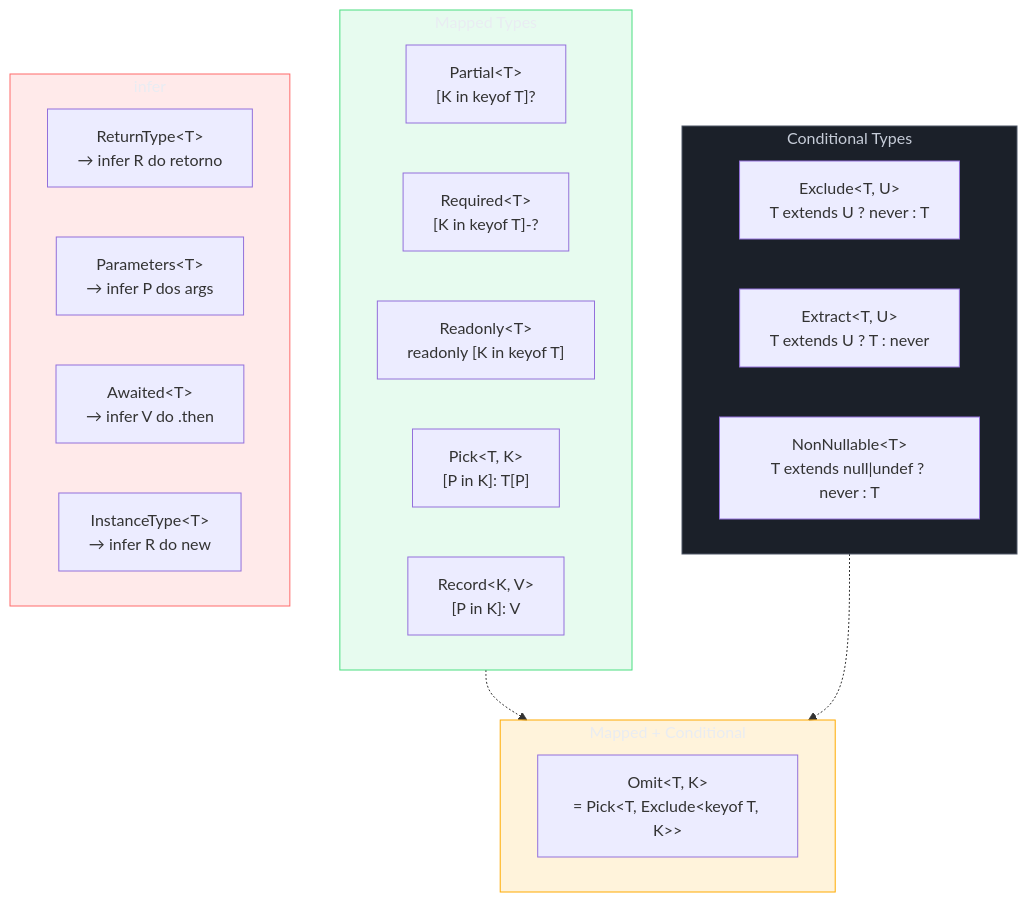
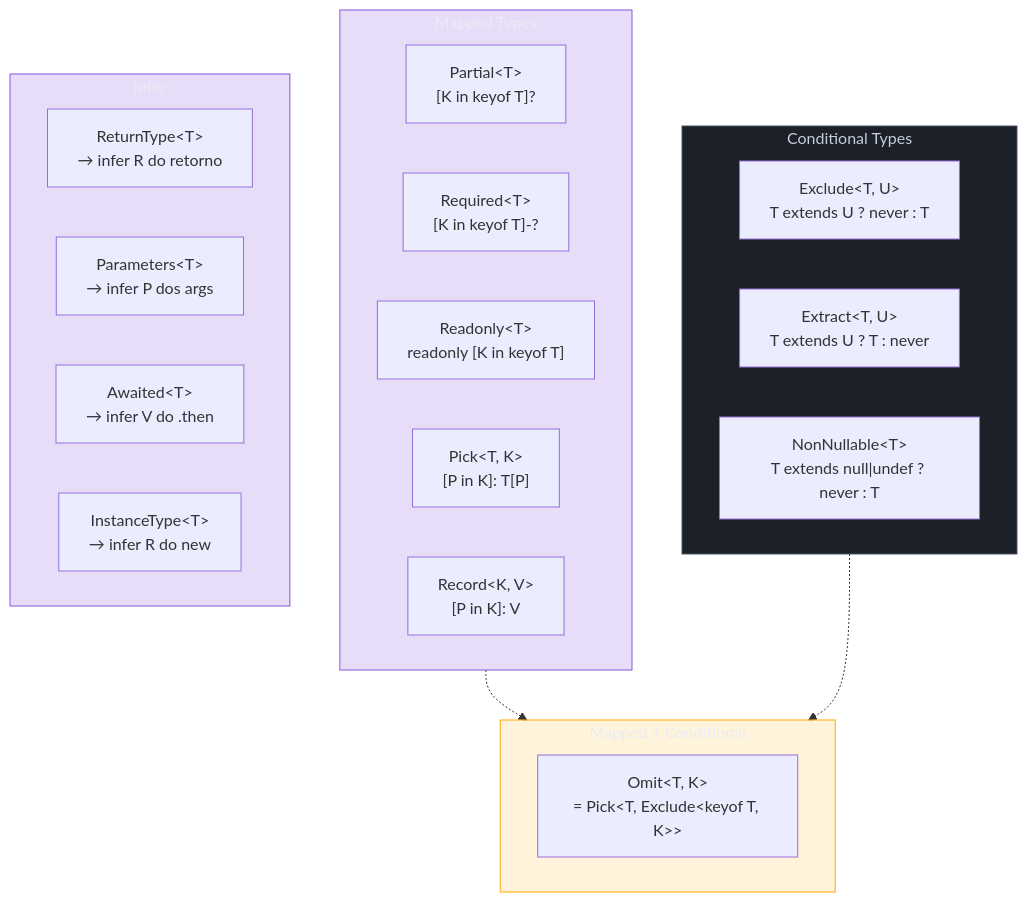
Before and after one commit to josenaldo/codex-technomanticus: the fifth of 6 diagrams in 03-Dominios/Tecnologia/TypeScript/18 - Utility types - e como reconstruí-los.md, drawn with Mermaid. The commit also changed other lines of this file and 601 other files, not shown here.

````diff
--- a/03-Dominios/Tecnologia/TypeScript/18 - Utility types - e como reconstruí-los.md
+++ b/03-Dominios/Tecnologia/TypeScript/18 - Utility types - e como reconstruí-los.md
@@ -525,39 +523,38 @@
 ```mermaid
 flowchart TD
-    classDef ok fill:#4ADE8021,stroke:#4ADE80,color:#E9ECF2
+    classDef marca fill:#8855DF33,stroke:#8855DF,color:#E9ECF2
     classDef neutro fill:#1B2029,stroke:#4E5666,color:#C6CCD8
-    classDef falha fill:#FF6B6B24,stroke:#FF6B6B,color:#E9ECF2
     classDef destaque fill:#FFAA0024,stroke:#FFAA00,color:#E9ECF2
     subgraph MT["Mapped Types"]
         PA["Partial&lt;T&gt;\n[K in keyof T]?"]
         RQ["Required&lt;T&gt;\n[K in keyof T]-?"]
         RO["Readonly&lt;T&gt;\nreadonly [K in keyof T]"]
         PK["Pick&lt;T, K&gt;\n[P in K]: T[P]"]
         RC["Record&lt;K, V&gt;\n[P in K]: V"]
     end
 
     subgraph CT["Conditional Types"]
         EX["Exclude&lt;T, U&gt;\nT extends U ? never : T"]
         ET["Extract&lt;T, U&gt;\nT extends U ? T : never"]
         NN["NonNullable&lt;T&gt;\nT extends null|undef ? never : T"]
     end
 
     subgraph INF["infer"]
         RT["ReturnType&lt;T&gt;\n→ infer R do retorno"]
         PR["Parameters&lt;T&gt;\n→ infer P dos args"]
         AW["Awaited&lt;T&gt;\n→ infer V do .then"]
         IT["InstanceType&lt;T&gt;\n→ infer R do new"]
     end
 
     subgraph COMBO["Mapped + Conditional"]
         OM["Omit&lt;T, K&gt;\n= Pick&lt;T, Exclude&lt;keyof T, K&gt;&gt;"]
     end
 
     MT -.-> COMBO
     CT -.-> COMBO
 
-    class MT ok
+    class MT marca
     class CT neutro
-    class INF falha
+    class INF marca
     class COMBO destaque
 ```
````
